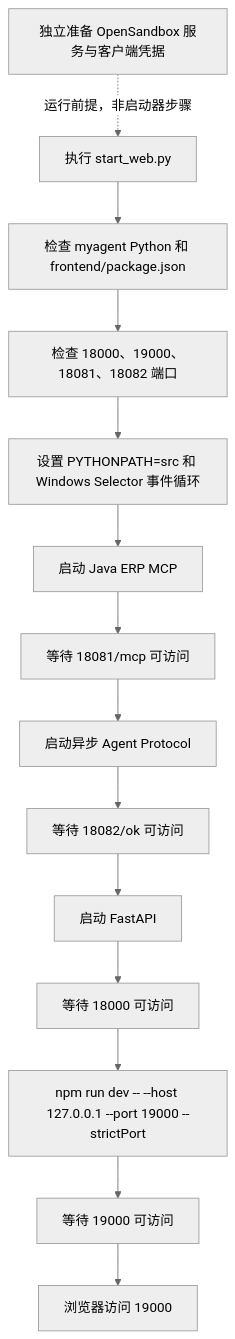
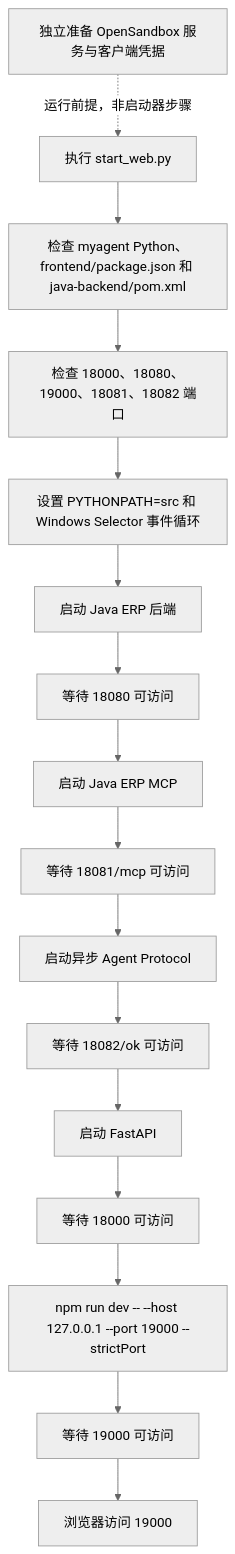
Before and after one commit to greenC2h/HarnessEngineering-DeepAgent-JavaERP-OpenSandbox-MultiAgent: the fifth of 48 diagrams in readme.md, drawn with Mermaid (neutral theme). The commit also changed other lines of this file and 71 other files, not shown here.

Commit message:
chore: integrate Java backend and unified startup

````diff
--- a/readme.md
+++ b/readme.md
@@ -148,21 +151,23 @@
 ```mermaid
 flowchart TD
     A["执行 start_web.py"]
-    B["检查 myagent Python 和 frontend/package.json"]
-    C["检查 18000、19000、18081、18082 端口"]
+    B["检查 myagent Python、frontend/package.json 和 java-backend/pom.xml"]
+    C["检查 18000、18080、19000、18081、18082 端口"]
     D["设置 PYTHONPATH=src 和 Windows Selector 事件循环"]
-    E["启动 Java ERP MCP"]
-    F["等待 18081/mcp 可访问"]
-    G["启动异步 Agent Protocol"]
-    H["等待 18082/ok 可访问"]
-    I["启动 FastAPI"]
-    J["等待 18000 可访问"]
-    K["npm run dev -- --host 127.0.0.1 --port 19000 --strictPort"]
-    L["等待 19000 可访问"]
-    M["浏览器访问 19000"]
+    E["启动 Java ERP 后端"]
+    F["等待 18080 可访问"]
+    G["启动 Java ERP MCP"]
+    H["等待 18081/mcp 可访问"]
+    I["启动异步 Agent Protocol"]
+    J["等待 18082/ok 可访问"]
+    K["启动 FastAPI"]
+    L["等待 18000 可访问"]
+    M["npm run dev -- --host 127.0.0.1 --port 19000 --strictPort"]
+    N["等待 19000 可访问"]
+    O["浏览器访问 19000"]
 
     P["独立准备 OpenSandbox 服务与客户端凭据"]
     P -.->|运行前提，非启动器步骤| A
 
-    A --> B --> C --> D --> E --> F --> G --> H --> I --> J --> K --> L --> M
+    A --> B --> C --> D --> E --> F --> G --> H --> I --> J --> K --> L --> M --> N --> O
 ```
````
